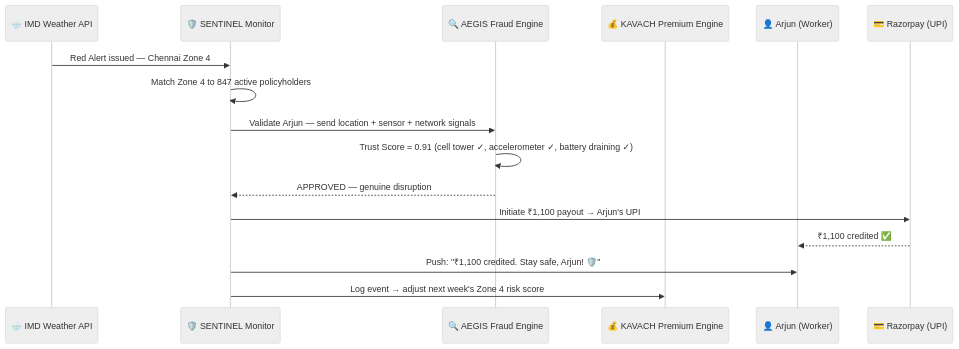
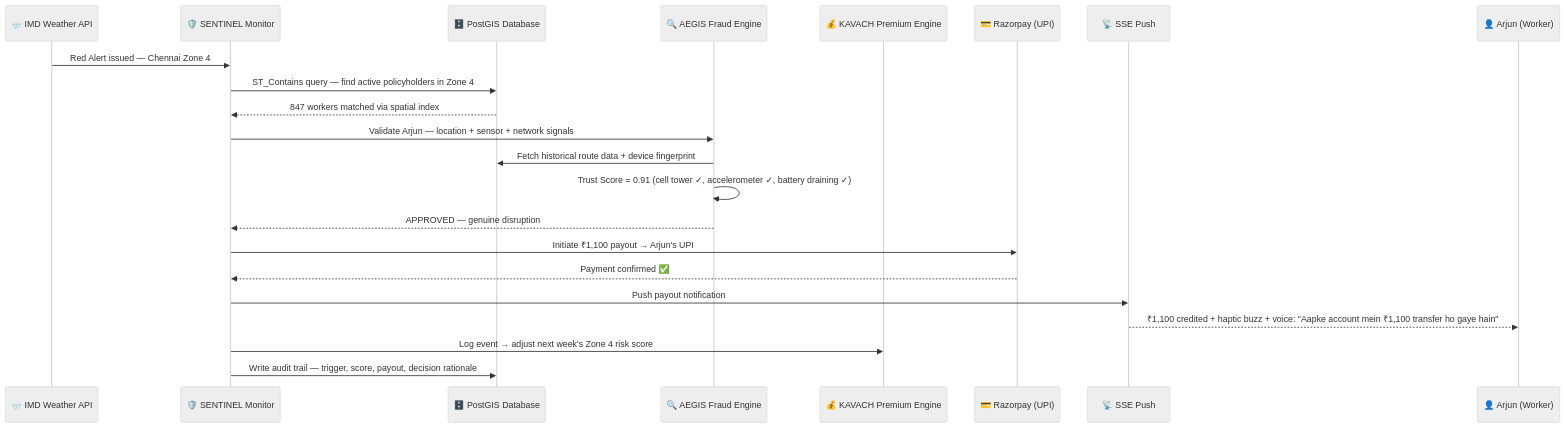
One commit to rox-dev6/gw changed the second of 8 diagrams in README.md. Above: the diagram before and after it, drawn with Mermaid (neutral theme). The commit also changed other lines of this file, not shown here.

````diff
--- a/README.md
+++ b/README.md
@@ -181,19 +181,25 @@
 ```mermaid
 sequenceDiagram
     participant IMD as 🌧️ IMD Weather API
     participant S as 🛡️ SENTINEL Monitor
+    participant DB as 🗄️ PostGIS Database
     participant A as 🔍 AEGIS Fraud Engine
     participant K as 💰 KAVACH Premium Engine
+    participant R as 💳 Razorpay (UPI)
+    participant SSE as 📡 SSE Push
     participant W as 👤 Arjun (Worker)
-    participant R as 💳 Razorpay (UPI)
 
     IMD->>S: Red Alert issued — Chennai Zone 4
-    S->>S: Match Zone 4 to 847 active policyholders
-    S->>A: Validate Arjun — send location + sensor + network signals
+    S->>DB: ST_Contains query — find active policyholders in Zone 4
+    DB-->>S: 847 workers matched via spatial index
+    S->>A: Validate Arjun — location + sensor + network signals
+    A->>DB: Fetch historical route data + device fingerprint
     A->>A: Trust Score = 0.91 (cell tower ✓, accelerometer ✓, battery draining ✓)
     A-->>S: APPROVED — genuine disruption
     S->>R: Initiate ₹1,100 payout → Arjun's UPI
-    R-->>W: ₹1,100 credited ✅
-    S->>W: Push: "₹1,100 credited. Stay safe, Arjun! 🛡️"
+    R-->>S: Payment confirmed ✅
+    S->>SSE: Push payout notification
+    SSE-->>W: ₹1,100 credited + haptic buzz + voice: "Aapke account mein ₹1,100 transfer ho gaye hain"
     S->>K: Log event → adjust next week's Zone 4 risk score
+    S->>DB: Write audit trail — trigger, score, payout, decision rationale
 ```
````
